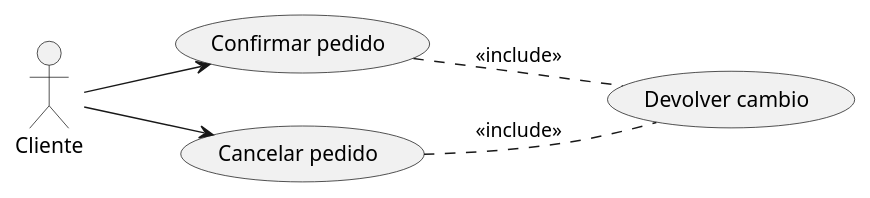
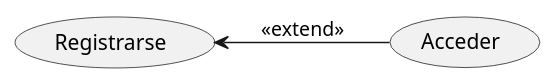
The diagram in src/ClasesDeUso.puml (DanielMiralles12/ClasesDeUso), drawn with PlantUML before and after one commit.

Commit message:
Creacion primera extension

```diff
--- a/src/ClasesDeUso.puml
+++ b/src/ClasesDeUso.puml
@@ -1,15 +1,7 @@
 @startuml
 left to right direction
-:Cliente:
+"Acceder" as (cliente)
+"Registrarse" as (resgistro)
 
-"Confirmar pedido" as (confirmar)
-"Cancelar pedido" as (cancelar)
-
-Cliente --> (confirmar)
-Cliente --> (cancelar)
-
-"Devolver cambio" as (devolver)
-
-(confirmar) .. (devolver) : <<include>>
-(cancelar) .. (devolver) : <<include>>
+(resgistro) <-- (cliente) : <<extend>>
 @enduml
```
